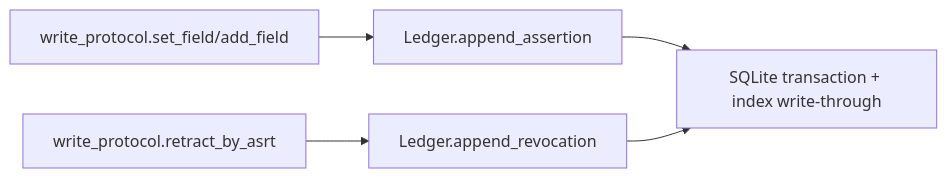
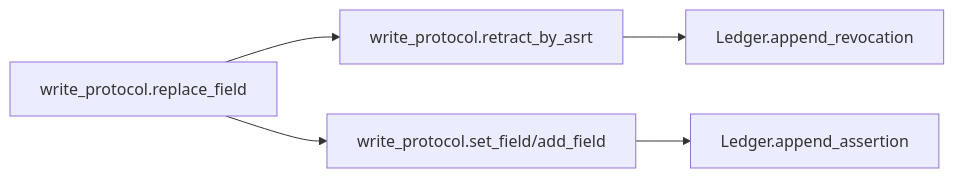
The first of 3 diagrams in src/factpy_kernel/core/docs/01_architecture.md (Symbolic-Intelligence-Org/factgraph), drawn with Mermaid before and after one commit. The commit also changed other lines of this file and 10 other files, not shown here.

````diff
--- a/src/factpy_kernel/core/docs/01_architecture.md
+++ b/src/factpy_kernel/core/docs/01_architecture.md
@@ -119,7 +76,7 @@
 ```mermaid
 flowchart LR
   A["write_protocol.set_field/add_field"] --> B["Ledger.append_assertion"]
-  B --> C["SQLite transaction + index write-through"]
-  D["write_protocol.retract_by_asrt"] --> E["Ledger.append_revocation"]
-  E --> C
+  C["write_protocol.retract_by_asrt"] --> D["Ledger.append_revocation"]
+  E["write_protocol.replace_field"] --> C
+  E --> A
 ```
````
